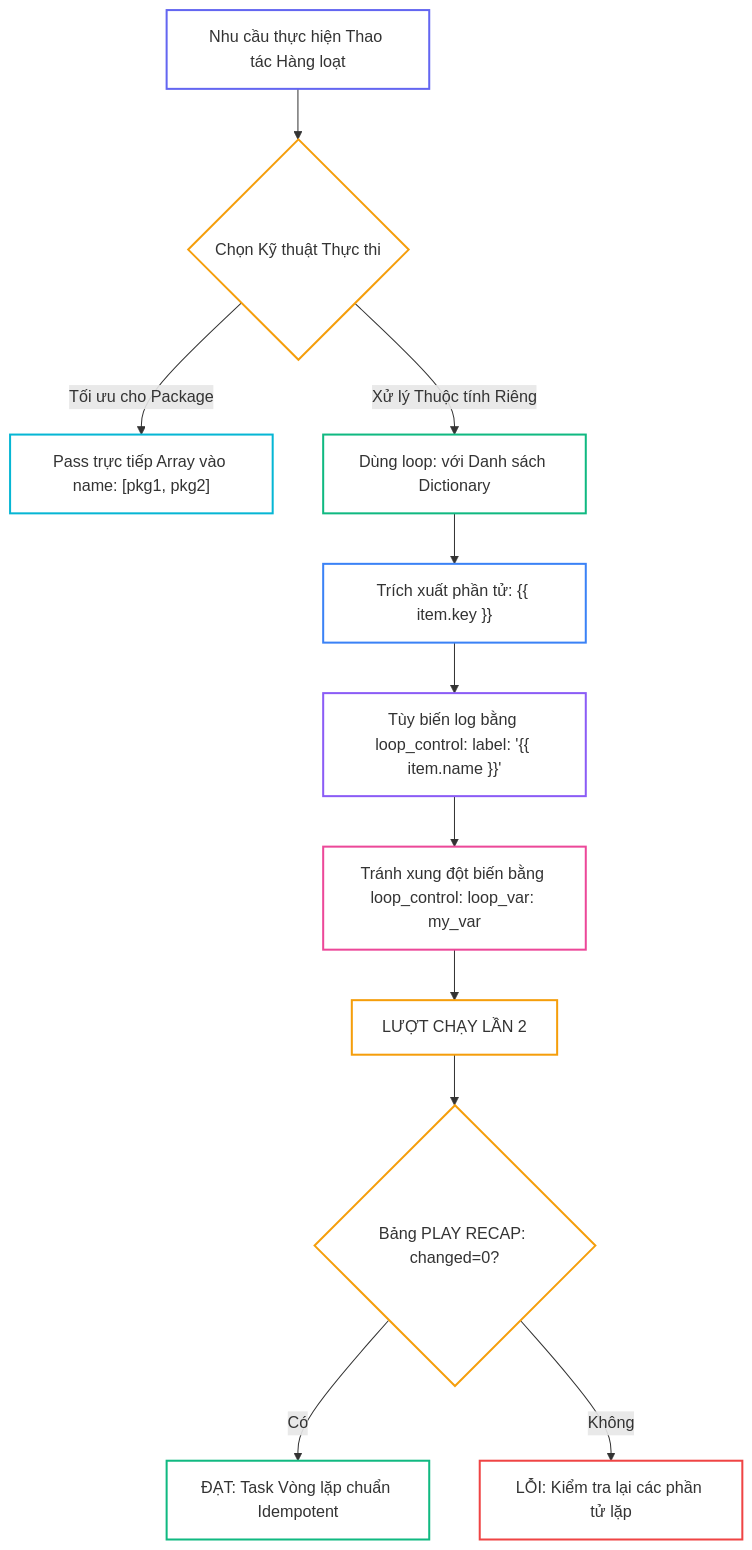
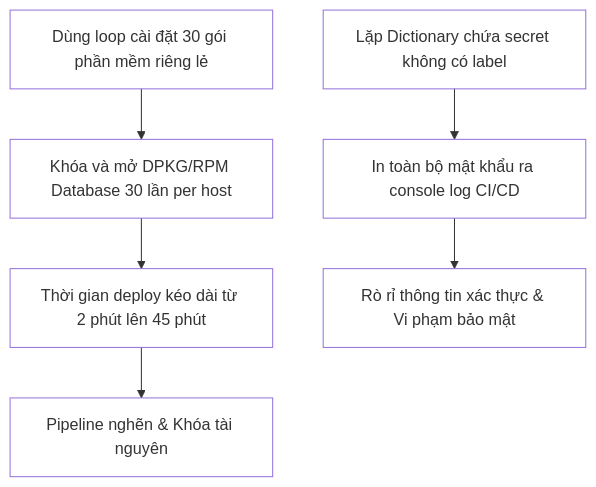
Before and after one commit to kiennt308/ntk: the second of 3 diagrams in _posts/2026-09-13-ansible-10-10-loops.md, drawn with Mermaid. The commit also changed other lines of this file and 30 other files, not shown here.

````diff
--- a/_posts/2026-09-13-ansible-10-10-loops.md
+++ b/_posts/2026-09-13-ansible-10-10-loops.md
@@ -347,27 +216,16 @@
 ```mermaid
 flowchart TD
-    A["Nhu cầu thực hiện Thao tác Hàng loạt"] --> B{"Chọn Kỹ thuật Thực thi"}
-    B -->|"Tối ưu cho Package"| C["Pass trực tiếp Array vào name: [pkg1, pkg2]"]
-    B -->|"Xử lý Thuộc tính Riêng"| D["Dùng loop: với Danh sách Dictionary"]
-    
-    D --> E["Trích xuất phần tử: {{ item.key }}"]
-    E --> F["Tùy biến log bằng loop_control: label: '{{ item.name }}'"]
-    F --> G["Tránh xung đột biến bằng loop_control: loop_var: my_var"]
-    
-    G --> H["LƯỢT CHẠY LẦN 2"]
-    H --> I{"Bảng PLAY RECAP: changed=0?"}
-    I -->|"Có"| J["ĐẠT: Task Vòng lặp chuẩn Idempotent"]
-    I -->|"Không"| K["LỖI: Kiểm tra lại các phần tử lặp"]
+    A["Dùng loop cài đặt 30 gói phần mềm riêng lẻ"] --> B["Khóa và mở DPKG/RPM Database 30 lần per host"]
+    B --> C["Thời gian deploy kéo dài từ 2 phút lên 45 phút"]
+    C --> D["Pipeline nghẽn & Khóa tài nguyên"]
+    A2["Lặp Dictionary chứa secret không có label"] --> E["In toàn bộ mật khẩu ra console log CI/CD"]
+    E --> F["Rò rỉ thông tin xác thực & Vi phạm bảo mật"]
 
-    style A fill:none,stroke:#6366f1,stroke-width:2px
-    style B fill:none,stroke:#f59e0b,stroke-width:2px
-    style C fill:none,stroke:#06b6d4,stroke-width:2px
-    style D fill:none,stroke:#10b981,stroke-width:2px
-    style E fill:none,stroke:#3b82f6,stroke-width:2px
-    style F fill:none,stroke:#8b5cf6,stroke-width:2px
-    style G fill:none,stroke:#ec4899,stroke-width:2px
-    style H fill:none,stroke:#f59e0b,stroke-width:2px
-    style I fill:none,stroke:#f59e0b,stroke-width:2px
-    style J fill:none,stroke:#10b981,stroke-width:2px
-    style K fill:none,stroke:#ef4444,stroke-width:2px
+    style A fill:none
+    style B fill:none
+    style C fill:none
+    style D fill:none
+    style A2 fill:none
+    style E fill:none
+    style F fill:none
 ```
````
